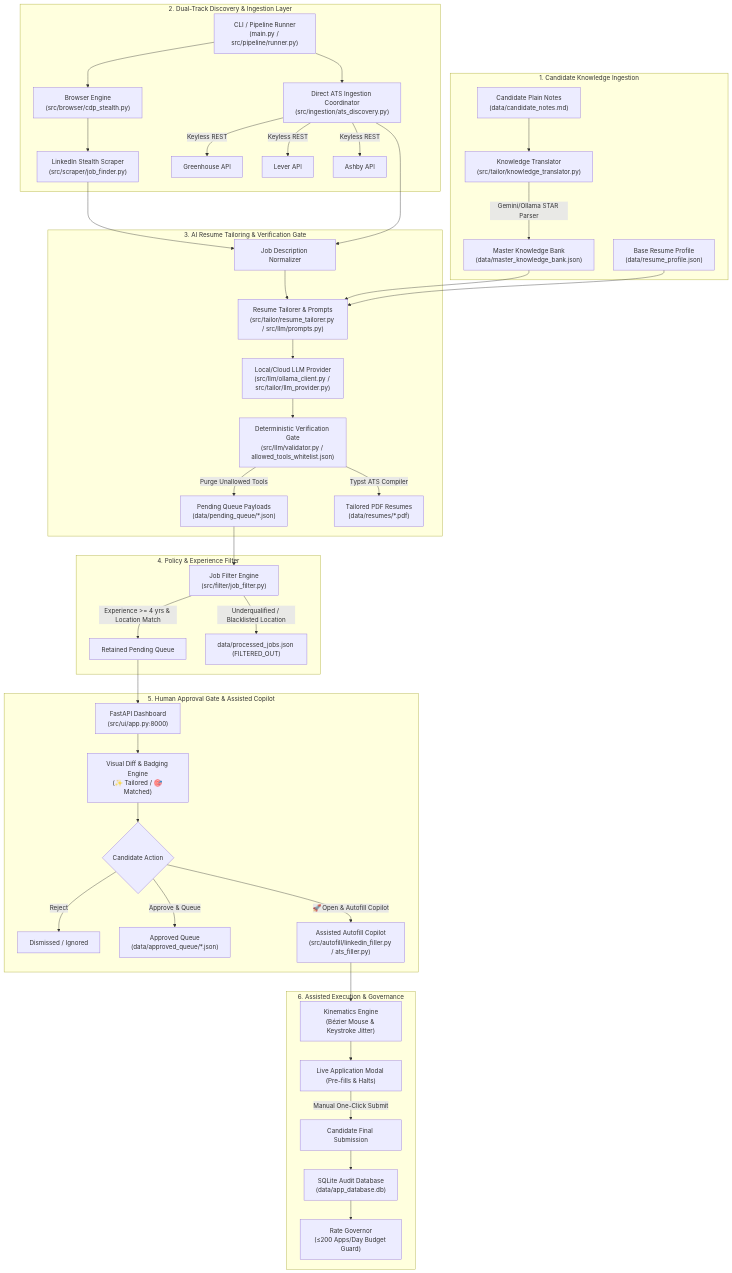
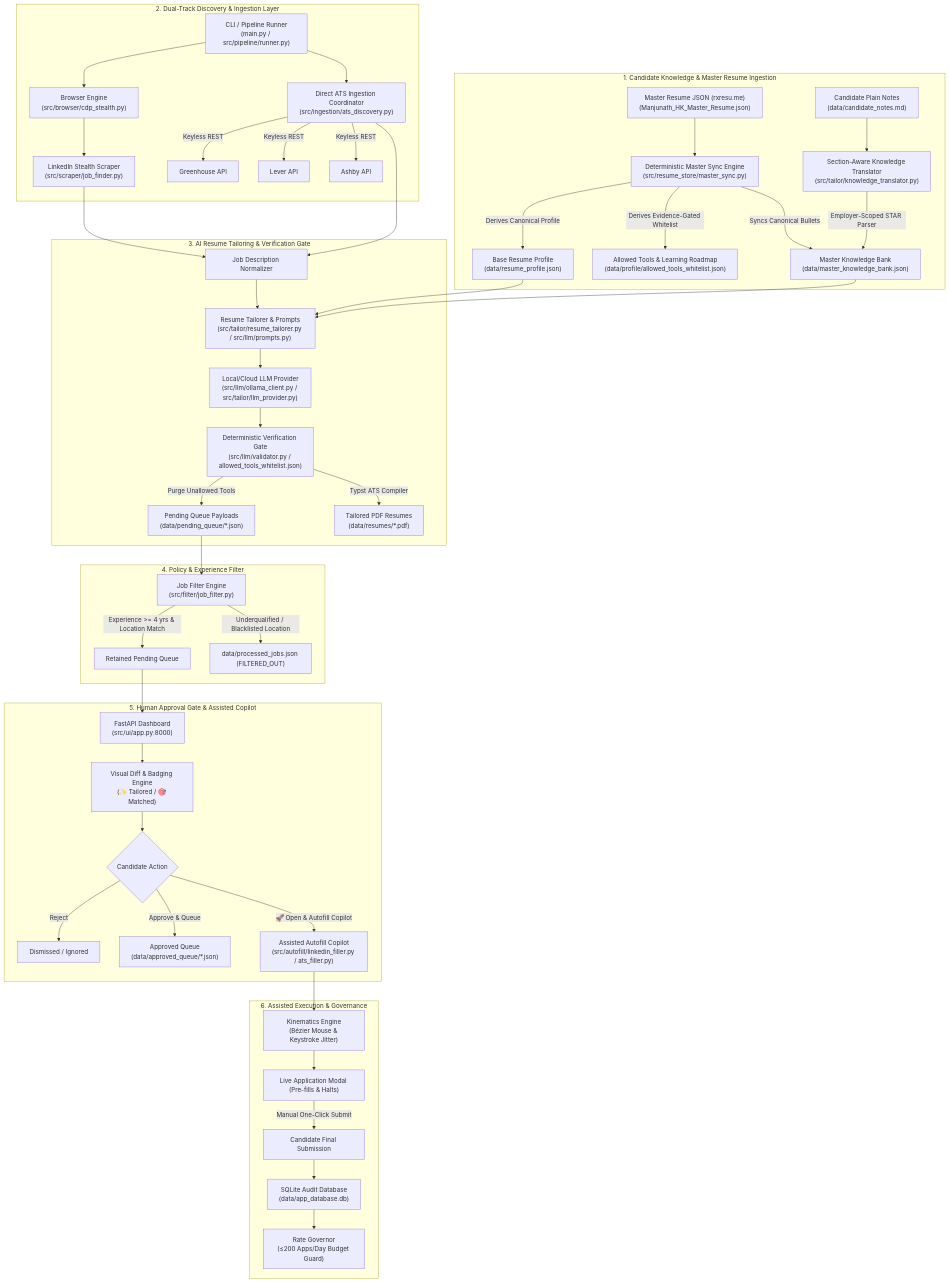
Before and after one commit to manjunathk833/linkedin-automator: the diagram in SYSTEM_ARCHITECTURE.md, drawn with Mermaid. The commit also changed other lines of this file and 32 other files, not shown here.

Commit message:
feat(resume): master resume standardization, deterministic sync & evidence-gated tool verification

````diff
--- a/SYSTEM_ARCHITECTURE.md
+++ b/SYSTEM_ARCHITECTURE.md
@@ -33,52 +33,55 @@
 ```mermaid
 graph TD
-    subgraph "1. Candidate Knowledge Ingestion"
-        A["Candidate Plain Notes<br/>(data/candidate_notes.md)"] --> B["Knowledge Translator<br/>(src/tailor/knowledge_translator.py)"]
-        B -->|Gemini/Ollama STAR Parser| C["Master Knowledge Bank<br/>(data/master_knowledge_bank.json)"]
-        D["Base Resume Profile<br/>(data/resume_profile.json)"]
+    subgraph "1. Candidate Knowledge & Master Resume Ingestion"
+        M0["Master Resume JSON (rxresu.me)<br/>(Manjunath_HK_Master_Resume.json)"] --> MS["Deterministic Master Sync Engine<br/>(src/resume_store/master_sync.py)"]
+        MS -->|Derives Canonical Profile| D["Base Resume Profile<br/>(data/resume_profile.json)"]
+        MS -->|Derives Evidence-Gated Whitelist| WL["Allowed Tools & Learning Roadmap<br/>(data/profile/allowed_tools_whitelist.json)"]
+        MS -->|Syncs Canonical Bullets| C["Master Knowledge Bank<br/>(data/master_knowledge_bank.json)"]
+        A["Candidate Plain Notes<br/>(data/candidate_notes.md)"] --> B["Section-Aware Knowledge Translator<br/>(src/tailor/knowledge_translator.py)"]
+        B -->|Employer-Scoped STAR Parser| C
     end
 
     subgraph "2. Dual-Track Discovery & Ingestion Layer"
         E["CLI / Pipeline Runner<br/>(main.py / src/pipeline/runner.py)"] --> F["Browser Engine<br/>(src/browser/cdp_stealth.py)"]
         F --> G["LinkedIn Stealth Scraper<br/>(src/scraper/job_finder.py)"]
         E --> H["Direct ATS Ingestion Coordinator<br/>(src/ingestion/ats_discovery.py)"]
         H -->|Keyless REST| H1["Greenhouse API"]
         H -->|Keyless REST| H2["Lever API"]
         H -->|Keyless REST| H3["Ashby API"]
     end
 
     subgraph "3. AI Resume Tailoring & Verification Gate"
         G --> I["Job Description Normalizer"]
         H --> I
         I --> J["Resume Tailorer & Prompts<br/>(src/tailor/resume_tailorer.py / src/llm/prompts.py)"]
         C --> J
         D --> J
         J --> K["Local/Cloud LLM Provider<br/>(src/llm/ollama_client.py / src/tailor/llm_provider.py)"]
         K --> L["Deterministic Verification Gate<br/>(src/llm/validator.py / allowed_tools_whitelist.json)"]
         L -->|Purge Unallowed Tools| M["Pending Queue Payloads<br/>(data/pending_queue/*.json)"]
         L -->|Typst ATS Compiler| M2["Tailored PDF Resumes<br/>(data/resumes/*.pdf)"]
     end
 
     subgraph "4. Policy & Experience Filter"
         M --> N["Job Filter Engine<br/>(src/filter/job_filter.py)"]
         N -->|Experience >= 4 yrs & Location Match| O["Retained Pending Queue"]
         N -->|Underqualified / Blacklisted Location| P["data/processed_jobs.json (FILTERED_OUT)"]
     end
 
     subgraph "5. Human Approval Gate & Assisted Copilot"
         O --> Q["FastAPI Dashboard<br/>(src/ui/app.py:8000)"]
         Q --> R["Visual Diff & Badging Engine<br/>(✨ Tailored / 🎯 Matched)"]
         R --> S{Candidate Action}
         S -->|Reject| T["Dismissed / Ignored"]
         S -->|Approve & Queue| U["Approved Queue<br/>(data/approved_queue/*.json)"]
         S -->|🚀 Open & Autofill Copilot| V["Assisted Autofill Copilot<br/>(src/autofill/linkedin_filler.py / ats_filler.py)"]
     end
 
     subgraph "6. Assisted Execution & Governance"
         V --> W["Kinematics Engine<br/>(Bézier Mouse & Keystroke Jitter)"]
         W --> X["Live Application Modal (Pre-fills & Halts)"]
         X -->|Manual One-Click Submit| Y["Candidate Final Submission"]
         Y --> Z["SQLite Audit Database<br/>(data/app_database.db)"]
         Z --> GOV["Rate Governor<br/>(≤200 Apps/Day Budget Guard)"]
     end
 ```
````
